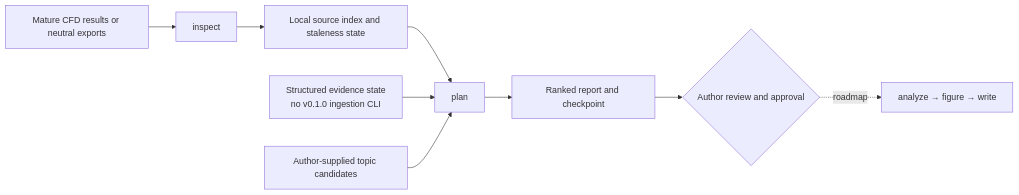
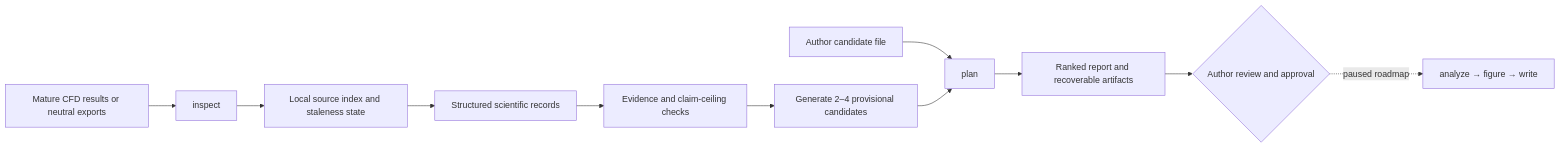
Before and after one commit to Xiuyiw/CFD-SCIPaper-Agent: the diagram in docs/architecture/overview.md, drawn with Mermaid. The commit also changed other lines of this file and 54 other files, not shown here.

````diff
--- a/docs/architecture/overview.md
+++ b/docs/architecture/overview.md
@@ -7,11 +8,13 @@
 ```mermaid
 flowchart LR
     A[Mature CFD results or neutral exports] --> B[inspect]
     B --> C[Local source index and staleness state]
-    C --> D[plan]
-    E[Structured evidence state<br/>no v0.1.0 ingestion CLI] --> D
-    F[Author-supplied topic candidates] --> D
-    D --> G[Ranked report and checkpoint]
-    G --> H{Author review and approval}
-    H -. roadmap .-> I[analyze → figure → write]
+    C --> D[Structured scientific records]
+    D --> E[Evidence and claim-ceiling checks]
+    F[Author candidate file] --> G[plan]
+    E --> H[Generate 2–4 provisional candidates]
+    H --> G
+    G --> I[Ranked report and recoverable artifacts]
+    I --> J{Author review and approval}
+    J -. paused roadmap .-> K[analyze → figure → write]
 ```
````
